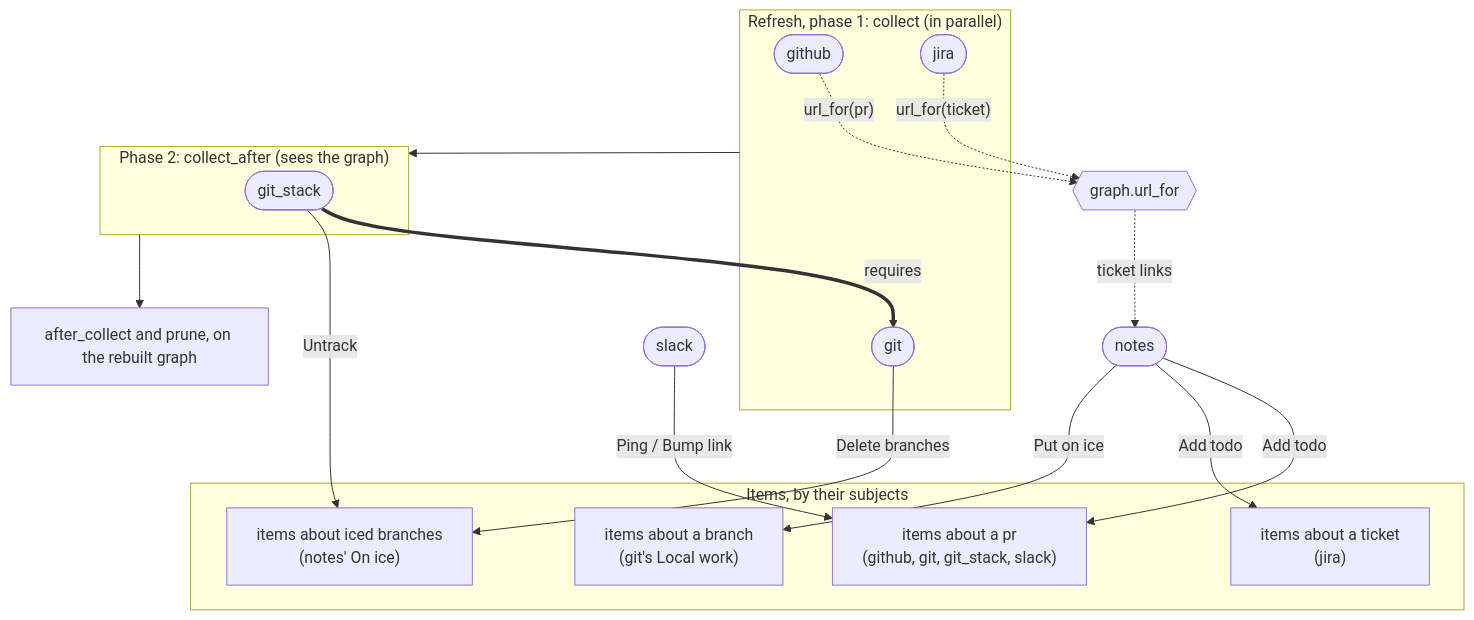
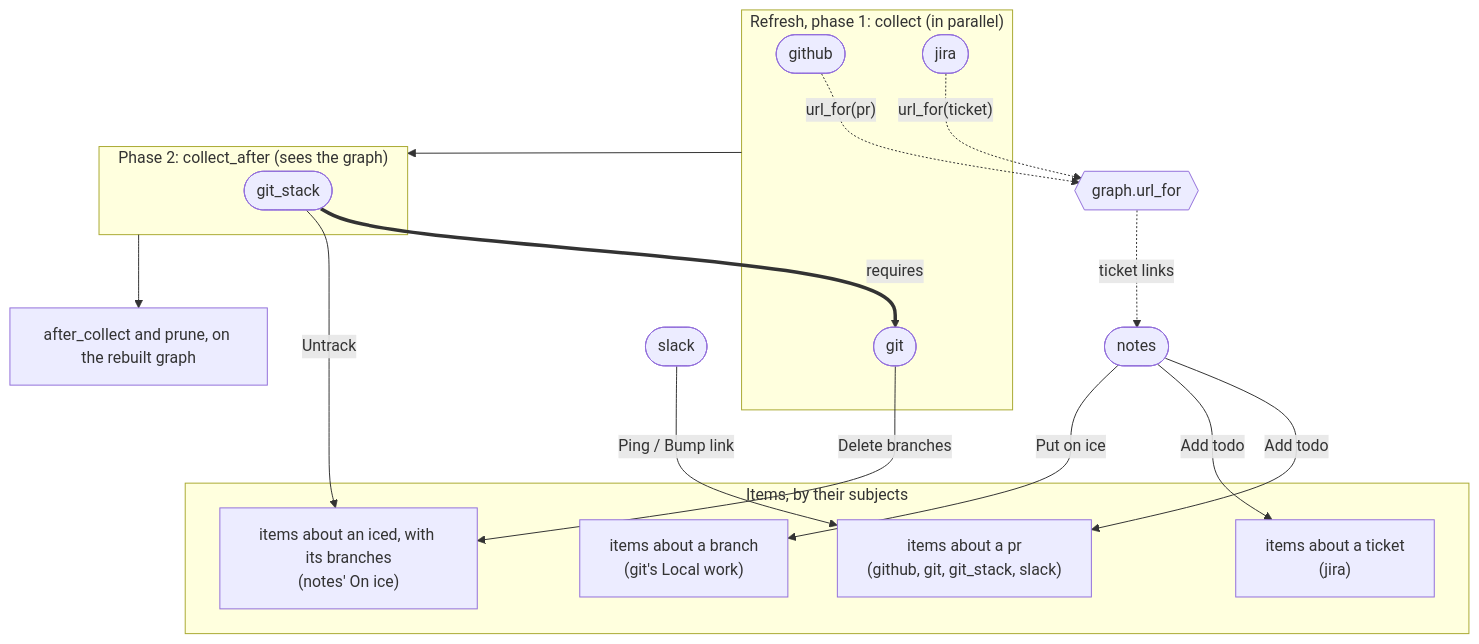
Before and after one commit to benekastah/move-forward: the second of 2 diagrams in docs/plugins.md, drawn with Mermaid. The commit also changed other lines of this file and 2 other files, not shown here.

Commit message:
Find what's on ice through iced in git, and stop badging it
Core hides iced branches, so Local work's iced badge and ranking never
show. Delete branches goes on items about a hiding entity, for the
branches among their subjects, and deleting checks a branch against the
commit its `iced` recorded instead of reading `iced_branch`.

````diff
--- a/docs/plugins.md
+++ b/docs/plugins.md
@@ -63,32 +63,32 @@
 ```mermaid
 flowchart TB
     subgraph Phase1["Refresh, phase 1: collect (in parallel)"]
         github([github])
         git([git])
         jira([jira])
     end
     subgraph Phase2["Phase 2: collect_after (sees the graph)"]
         git_stack([git_stack])
     end
     Phase1 --> Phase2
     Phase2 --> after["after_collect and prune, on the rebuilt graph"]
 
     git_stack == "requires" ==> git
 
     subgraph Items["Items, by their subjects"]
         prItems["items about a pr<br/>(github, git, git_stack, slack)"]
         ticketItems["items about a ticket<br/>(jira)"]
         branchItems["items about a branch<br/>(git's Local work)"]
-        icedItems["items about iced branches<br/>(notes' On ice)"]
+        icedItems["items about an iced, with its branches<br/>(notes' On ice)"]
     end
     slack([slack]) -- "Ping / Bump link" --> prItems
     notes([notes]) -- "Add todo" --> prItems
     notes -- "Add todo" --> ticketItems
     notes -- "Put on ice" --> branchItems
     git -- "Delete branches" --> icedItems
     git_stack -- "Untrack" --> icedItems
 
     github -. "url_for(pr)" .-> urls{{graph.url_for}}
     jira -. "url_for(ticket)" .-> urls
     urls -. "ticket links" .-> notes
 ```
````
